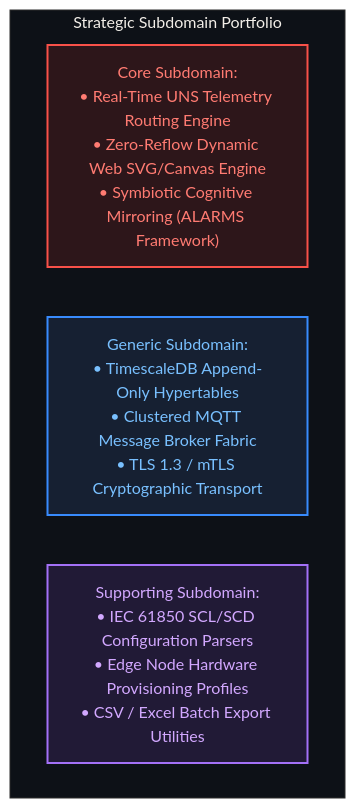
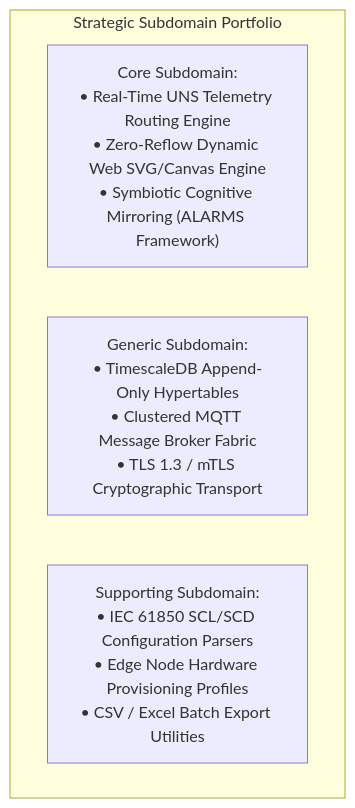
One commit to Novav20/The-Meridian-Grid changed the diagram in docs/00-Domain-Mastery/lessons/20-Strategic-Domain-Driven-Design.md. Above: the diagram before and after it, drawn with Mermaid. The commit also changed 15 other files, not shown here.

Commit message:
Clean up Mermaid lesson diagrams

````diff
--- a/docs/00-Domain-Mastery/lessons/20-Strategic-Domain-Driven-Design.md
+++ b/docs/00-Domain-Mastery/lessons/20-Strategic-Domain-Driven-Design.md
@@ -120,26 +120,9 @@
 ```mermaid
-%%{init: {
-  'theme': 'base',
-  'themeVariables': {
-    'darkMode': true,
-    'primaryColor': '#1E222B',
-    'primaryTextColor': '#E6EDF3',
-    'primaryBorderColor': '#388BFD',
-    'lineColor': '#388BFD',
-    'secondaryColor': '#16191F',
-    'tertiaryColor': '#0D1117',
-    'edgeLabelBackground': '#16191F'
-  },
-  'themeCSS': '.edgeLabel { color: #E6EDF3 !important; } .edgeLabel rect { fill: #16191F !important; } .label { color: #E6EDF3 !important; } .cluster-label span { color: #E6EDF3 !important; }'
-}}%%
 graph TD
-    classDef core fill:#2d161a,stroke:#f85149,stroke-width:2px,color:#ff7b72
-    classDef generic fill:#162032,stroke:#388bfd,stroke-width:2px,color:#79c0ff
-    classDef supp fill:#211a36,stroke:#a371f7,stroke-width:2px,color:#d2a8ff
 
     subgraph Portfolio [Strategic Subdomain Portfolio]
-        C1["Core Subdomain:<br/>• Real-Time UNS Telemetry Routing Engine<br/>• Zero-Reflow Dynamic Web SVG/Canvas Engine<br/>• Symbiotic Cognitive Mirroring (ALARMS Framework)"]:::core
-        G1["Generic Subdomain:<br/>• TimescaleDB Append-Only Hypertables<br/>• Clustered MQTT Message Broker Fabric<br/>• TLS 1.3 / mTLS Cryptographic Transport"]:::generic
-        S1["Supporting Subdomain:<br/>• IEC 61850 SCL/SCD Configuration Parsers<br/>• Edge Node Hardware Provisioning Profiles<br/>• CSV / Excel Batch Export Utilities"]:::supp
+        C1["Core Subdomain:<br/>• Real-Time UNS Telemetry Routing Engine<br/>• Zero-Reflow Dynamic Web SVG/Canvas Engine<br/>• Symbiotic Cognitive Mirroring (ALARMS Framework)"]
+        G1["Generic Subdomain:<br/>• TimescaleDB Append-Only Hypertables<br/>• Clustered MQTT Message Broker Fabric<br/>• TLS 1.3 / mTLS Cryptographic Transport"]
+        S1["Supporting Subdomain:<br/>• IEC 61850 SCL/SCD Configuration Parsers<br/>• Edge Node Hardware Provisioning Profiles<br/>• CSV / Excel Batch Export Utilities"]
     end
 ```
````
